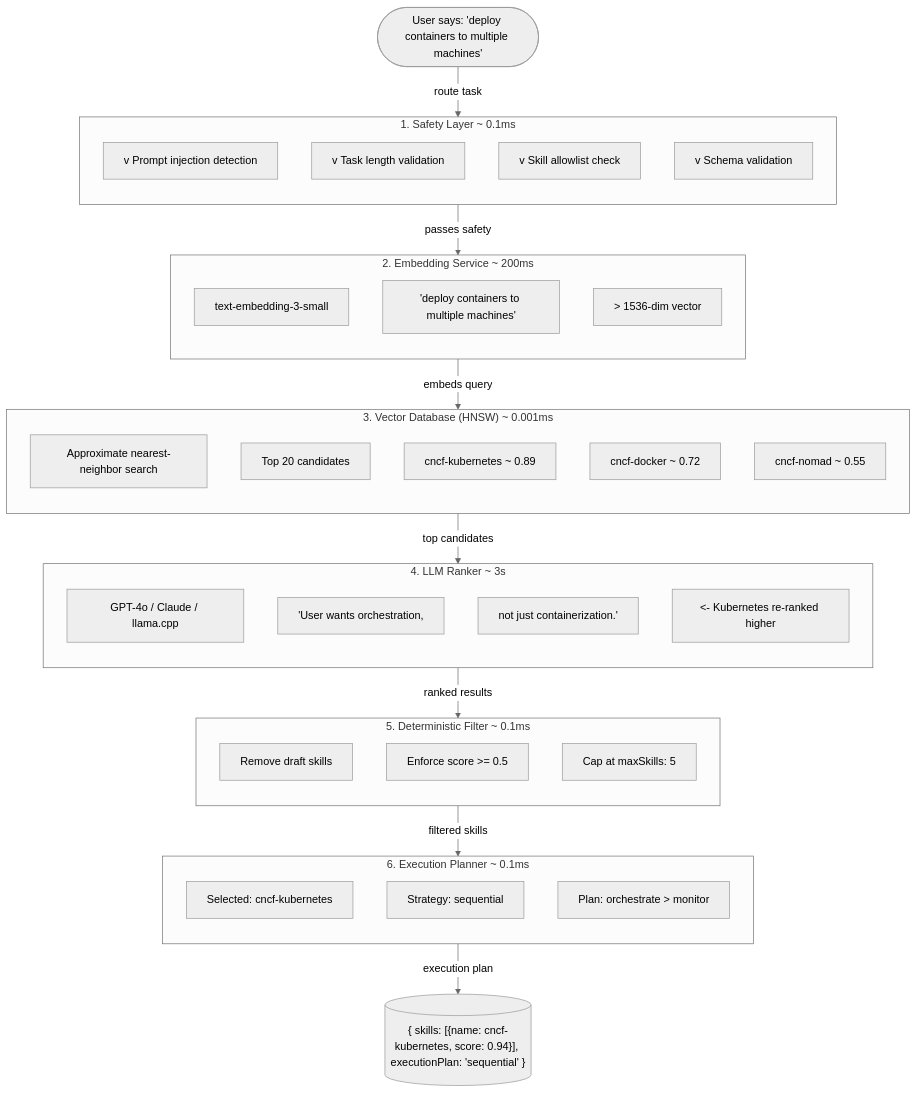
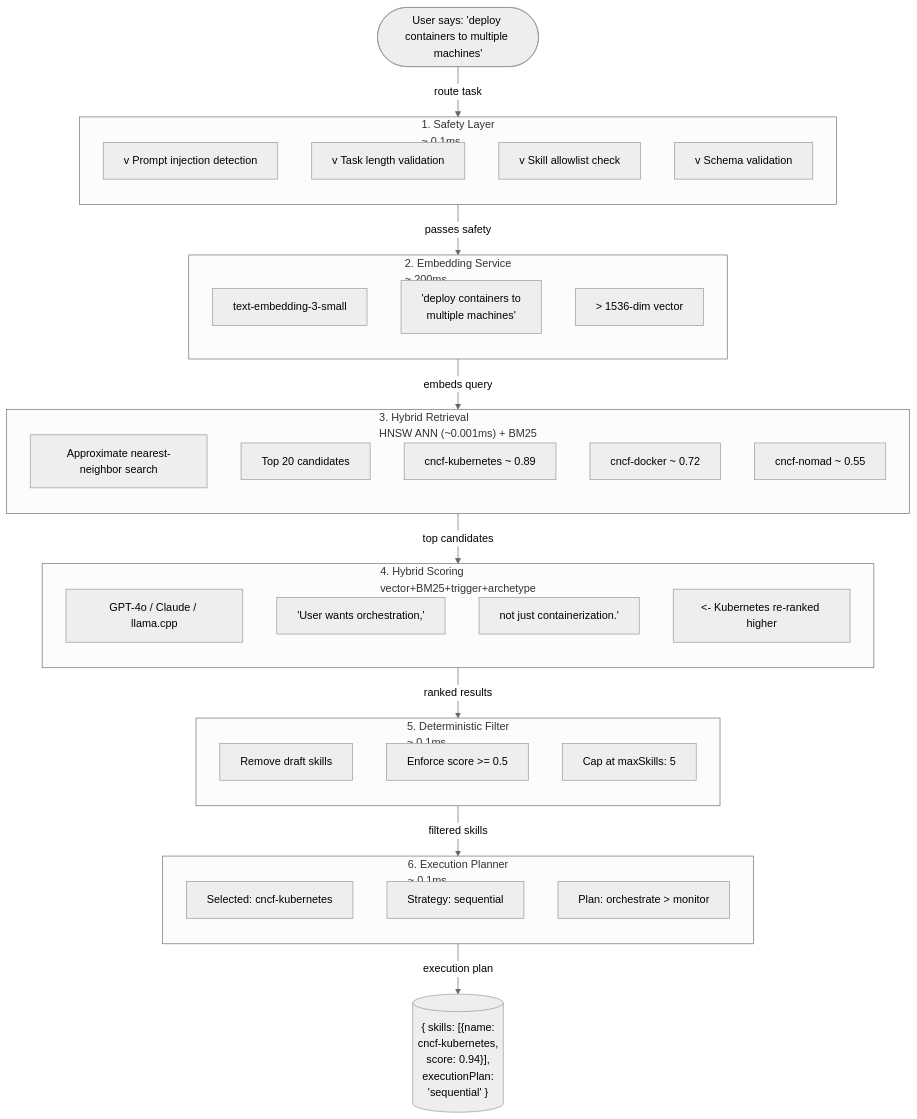
One commit to paulpas/agent-skill-router changed the fourth of 10 diagrams in docs/skill-evolution.md. Above: the diagram before and after it, drawn with Mermaid. The commit also changed other lines of this file and 7 other files, not shown here.

First line of the commit message:
docs: fix GitHub rendering issues + clarify Vector+BM25 vs HNSW

````diff
--- a/docs/skill-evolution.md
+++ b/docs/skill-evolution.md
@@ -199,76 +199,76 @@
 ```mermaid
 ---
 config:
   theme: neutral
 ---
 flowchart TD
     %% Input
     Input(["User says: 'deploy containers to multiple machines'"]) -->|"route task"| Stage1
 
     %% Stage 1: Safety
-    subgraph Stage1["1. Safety Layer ~ 0.1ms"]
+    subgraph Stage1["1. Safety Layer<br/>~ 0.1ms"]
         direction TB
         S1a["v Prompt injection detection"]
         S1b["v Task length validation"]
         S1c["v Skill allowlist check"]
         S1d["v Schema validation"]
     end
 
     Stage1 -->|"passes safety"| Stage2
 
     %% Stage 2: Embedding
-    subgraph Stage2["2. Embedding Service ~ 200ms"]
+    subgraph Stage2["2. Embedding Service<br/>~ 200ms"]
         direction TB
         S2a["text-embedding-3-small"]
-        S2b["'deploy containers to multiple machines'"]
+        S2b["'deploy containers to<br/>multiple machines'"]
         S2c["> 1536-dim vector"]
     end
 
     Stage2 -->|"embeds query"| Stage3
 
-    %% Stage 3: Vector DB
-    subgraph Stage3["3. Vector Database (HNSW) ~ 0.001ms"]
+    %% Stage 3: Hybrid Retrieval (HNSW + BM25)
+    subgraph Stage3["3. Hybrid Retrieval<br/>HNSW ANN (~0.001ms) + BM25"]
         direction TB
         S3a["Approximate nearest-neighbor search"]
         S3b["Top 20 candidates"]
         S3c["cncf-kubernetes ~ 0.89"]
         S3d["cncf-docker ~ 0.72"]
         S3e["cncf-nomad ~ 0.55"]
     end
 
     Stage3 -->|"top candidates"| Stage4
 
-    %% Stage 4: LLM Ranker
-    subgraph Stage4["4. LLM Ranker ~ 3s"]
+    %% Stage 4: Hybrid Scoring
+    subgraph Stage4["4. Hybrid Scoring<br/>vector+BM25+trigger+archetype"]
         direction TB
         S4a["GPT-4o / Claude / llama.cpp"]
-        S4b["'User wants orchestration,"]
+        S4b["'User wants orchestration,'"]
         S4c["not just containerization.'"]
         S4d["<- Kubernetes re-ranked higher"]
     end
 
     Stage4 -->|"ranked results"| Stage5
 
     %% Stage 5: Filter
-    subgraph Stage5["5. Deterministic Filter ~ 0.1ms"]
+    subgraph Stage5["5. Deterministic Filter<br/>~ 0.1ms"]
         direction TB
         S5a["Remove draft skills"]
         S5b["Enforce score >= 0.5"]
         S5c["Cap at maxSkills: 5"]
     end
 
     Stage5 -->|"filtered skills"| Stage6
 
     %% Stage 6: Planner
-    subgraph Stage6["6. Execution Planner ~ 0.1ms"]
+    subgraph Stage6["6. Execution Planner<br/>~ 0.1ms"]
         direction TB
         S6a["Selected: cncf-kubernetes"]
         S6b["Strategy: sequential"]
         S6c["Plan: orchestrate > monitor"]
     end
 
     Stage6 -->|"execution plan"| Output
 
     %% Output
-    Output[("{ skills: [{name: cncf-kubernetes, score: 0.94}], executionPlan: 'sequential' }")]
+    Output[("{ skills: [{name:<br/>cncf-kubernetes,<br/>score: 0.94}],<br/>executionPlan:<br/>'sequential' }")]
 ```
````
